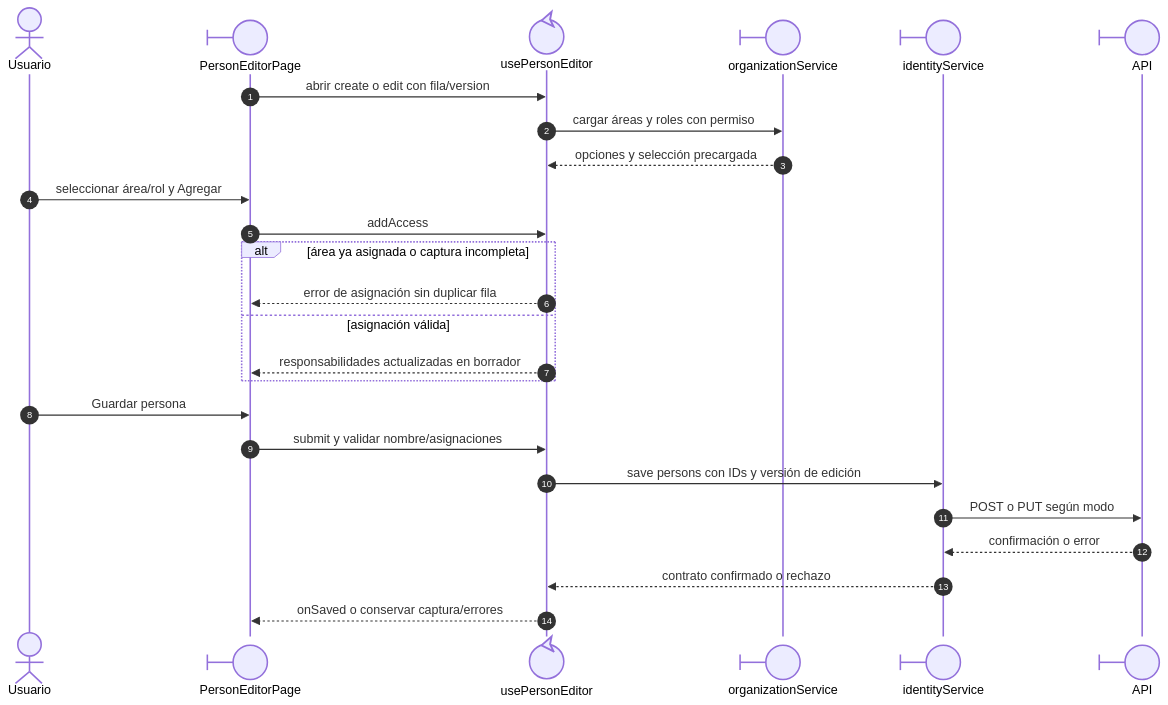
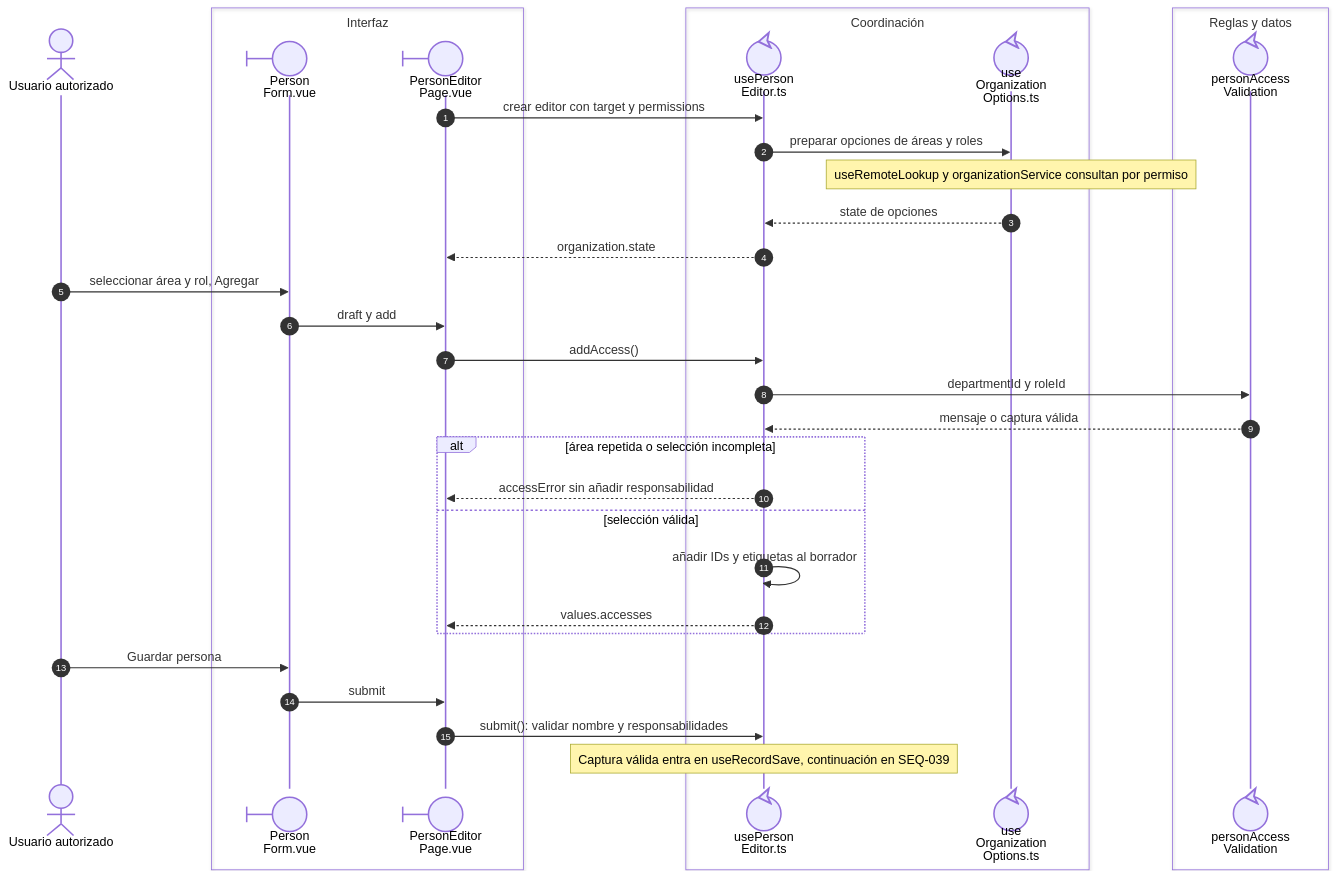
The diagram in front/docs/architecture/views/processes/04-identity/01-person-responsibilities.md (gpgsistemas01/nexus), drawn with Mermaid before and after one commit. The commit also changed other lines of this file and 46 other files, not shown here.

Commit message:
docs: alinear secuencias Vue con participantes y callbacks reales

````diff
--- a/front/docs/architecture/views/processes/04-identity/01-person-responsibilities.md
+++ b/front/docs/architecture/views/processes/04-identity/01-person-responsibilities.md
@@ -15,27 +13,36 @@
 ```mermaid
 sequenceDiagram
     autonumber
-    actor Usuario
-    participant Page@{ "type": "boundary" } as PersonEditorPage
-    participant Editor@{ "type": "control" } as usePersonEditor
-    participant Org@{ "type": "boundary" } as organizationService
-    participant Service@{ "type": "boundary" } as identityService
-    participant API@{ "type": "boundary" } as API
-    Page->>Editor: abrir create o edit con fila/version
-    Editor->>Org: cargar áreas y roles con permiso
-    Org-->>Editor: opciones y selección precargada
-    Usuario->>Page: seleccionar área/rol y Agregar
-    Page->>Editor: addAccess
-    alt área ya asignada o captura incompleta
-        Editor-->>Page: error de asignación sin duplicar fila
-    else asignación válida
-        Editor-->>Page: responsabilidades actualizadas en borrador
+    actor U as Usuario autorizado
+    box Interfaz
+    participant Form@{ "type": "boundary" } as Person<br/>Form.vue
+    participant Page@{ "type": "boundary" } as PersonEditor<br/>Page.vue
     end
-    Usuario->>Page: Guardar persona
-    Page->>Editor: submit y validar nombre/asignaciones
-    Editor->>Service: save persons con IDs y versión de edición
-    Service->>API: POST o PUT según modo
-    API-->>Service: confirmación o error
-    Service-->>Editor: contrato confirmado o rechazo
-    Editor-->>Page: onSaved o conservar captura/errores
+    box Coordinación
+    participant Editor@{ "type": "control" } as usePerson<br/>Editor.ts
+    participant Org@{ "type": "control" } as use<br/>Organization<br/>Options.ts
+    end
+    box Reglas y datos
+    participant Rules@{ "type": "control" } as personAccess<br/>Validation
+    end
+    Page->>Editor: crear editor con target y permissions
+    Editor->>Org: preparar opciones de áreas y roles
+    Note over Org: useRemoteLookup y organizationService consultan por permiso
+    Org-->>Editor: state de opciones
+    Editor-->>Page: organization.state
+    U->>Form: seleccionar área y rol, Agregar
+    Form->>Page: draft y add
+    Page->>Editor: addAccess()
+    Editor->>Rules: departmentId y roleId
+    Rules-->>Editor: mensaje o captura válida
+    alt área repetida o selección incompleta
+        Editor-->>Page: accessError sin añadir responsabilidad
+    else selección válida
+        Editor->>Editor: añadir IDs y etiquetas al borrador
+        Editor-->>Page: values.accesses
+    end
+    U->>Form: Guardar persona
+    Form->>Page: submit
+    Page->>Editor: submit(): validar nombre y responsabilidades
+    Note over Editor: Captura válida entra en useRecordSave, continuación en SEQ-039
 ```
````
